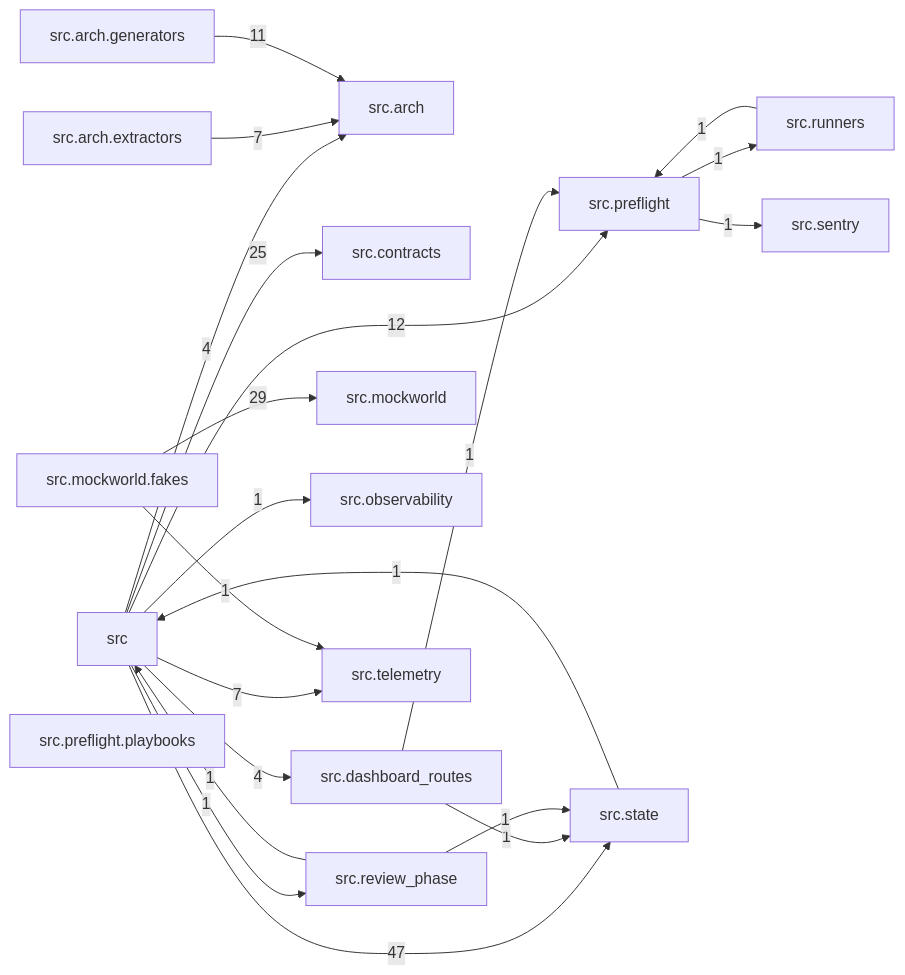
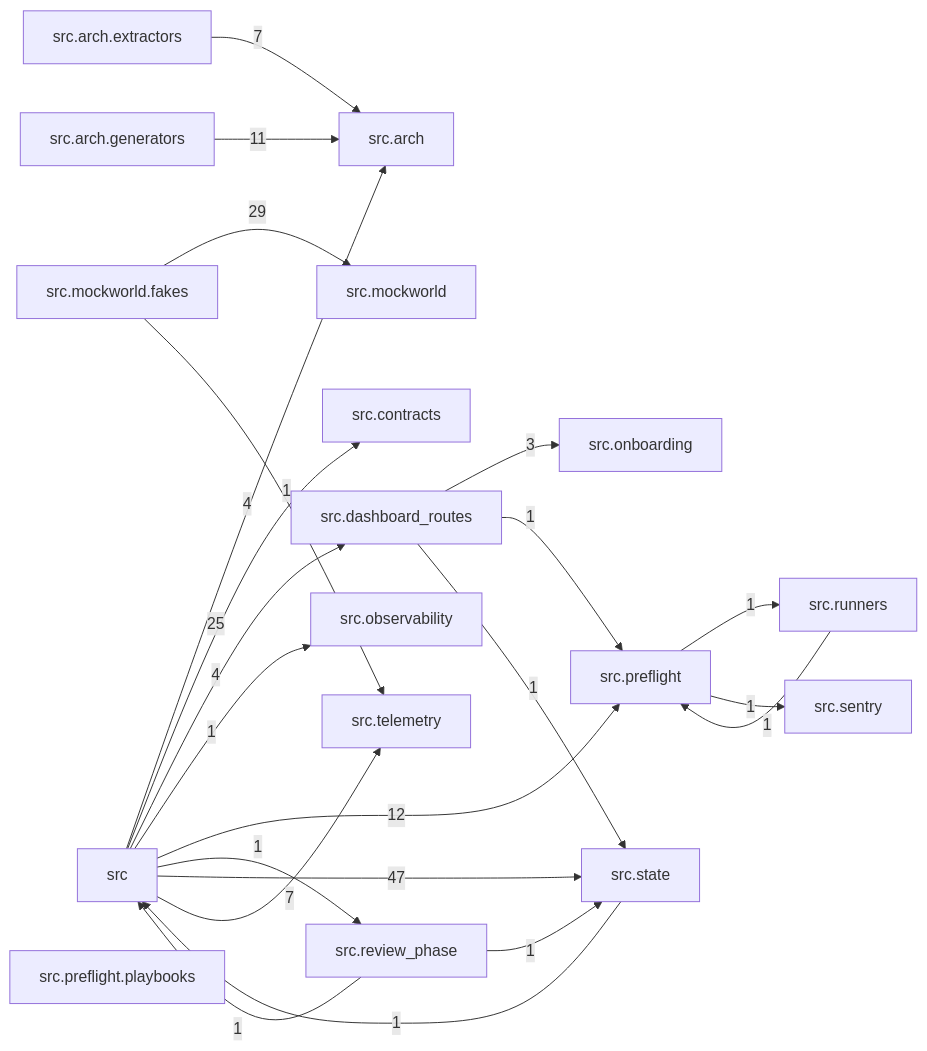
The diagram in docs/arch/generated/modules.md (T-rav/hydraflow), drawn with Mermaid before and after one commit. The commit also changed 157 other files, not shown here.

````diff
--- a/docs/arch/generated/modules.md
+++ b/docs/arch/generated/modules.md
@@ -7,39 +7,41 @@
 ```mermaid
 graph LR
     src["src"]
     src_arch["src.arch"]
     src_arch_extractors["src.arch.extractors"]
     src_arch_generators["src.arch.generators"]
     src_contracts["src.contracts"]
     src_dashboard_routes["src.dashboard_routes"]
     src_mockworld["src.mockworld"]
     src_mockworld_fakes["src.mockworld.fakes"]
     src_observability["src.observability"]
+    src_onboarding["src.onboarding"]
     src_preflight["src.preflight"]
     src_preflight_playbooks["src.preflight.playbooks"]
     src_review_phase["src.review_phase"]
     src_runners["src.runners"]
     src_sentry["src.sentry"]
     src_state["src.state"]
     src_telemetry["src.telemetry"]
     src -- "4" --> src_arch
     src -- "25" --> src_contracts
     src -- "4" --> src_dashboard_routes
     src -- "1" --> src_observability
     src -- "12" --> src_preflight
     src -- "1" --> src_review_phase
     src -- "47" --> src_state
     src -- "7" --> src_telemetry
     src_arch_extractors -- "7" --> src_arch
     src_arch_generators -- "11" --> src_arch
+    src_dashboard_routes -- "3" --> src_onboarding
     src_dashboard_routes -- "1" --> src_preflight
     src_dashboard_routes -- "1" --> src_state
     src_mockworld_fakes -- "29" --> src_mockworld
     src_mockworld_fakes -- "1" --> src_telemetry
     src_preflight -- "1" --> src_runners
     src_preflight -- "1" --> src_sentry
     src_review_phase -- "1" --> src
     src_review_phase -- "1" --> src_state
     src_runners -- "1" --> src_preflight
     src_state -- "1" --> src
 ```
````
